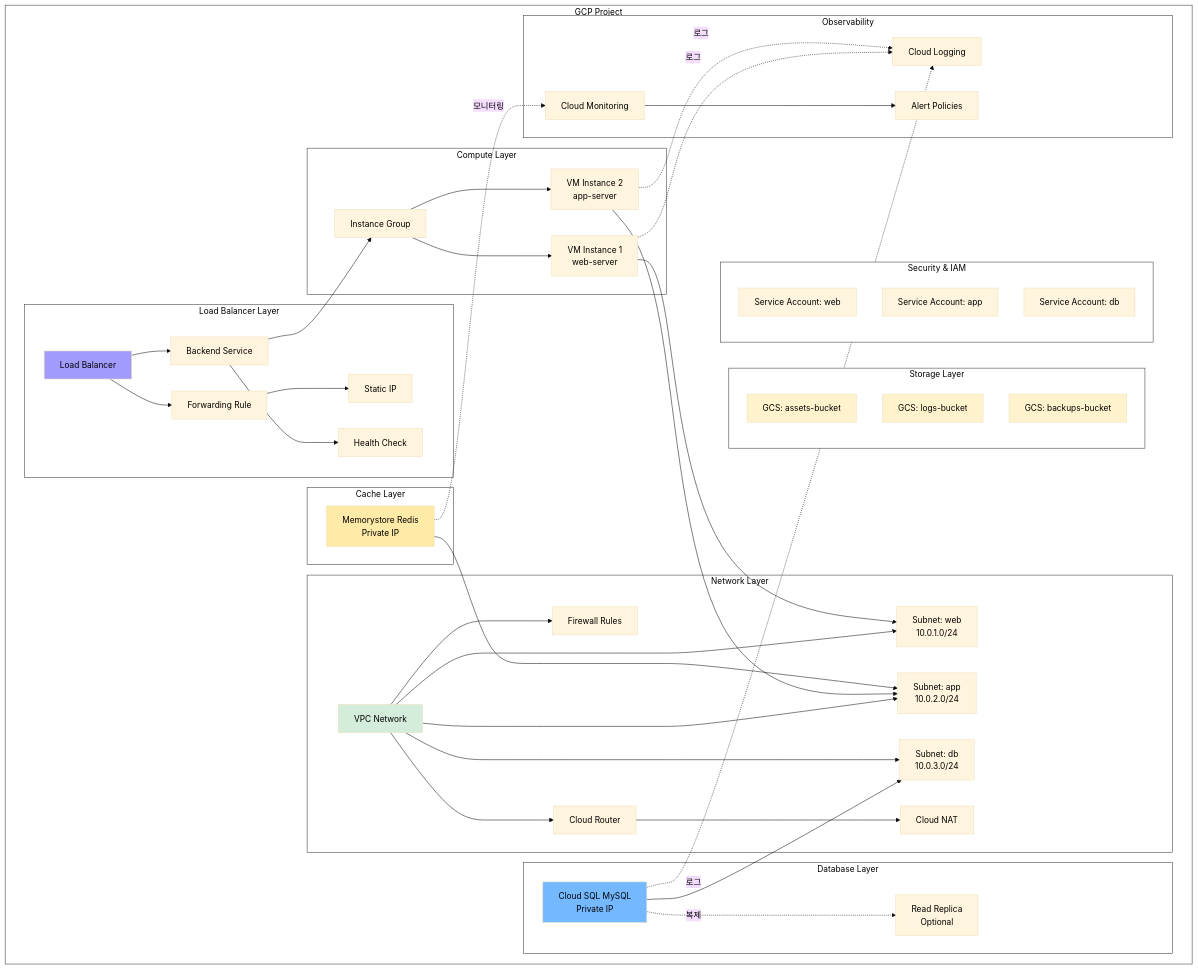
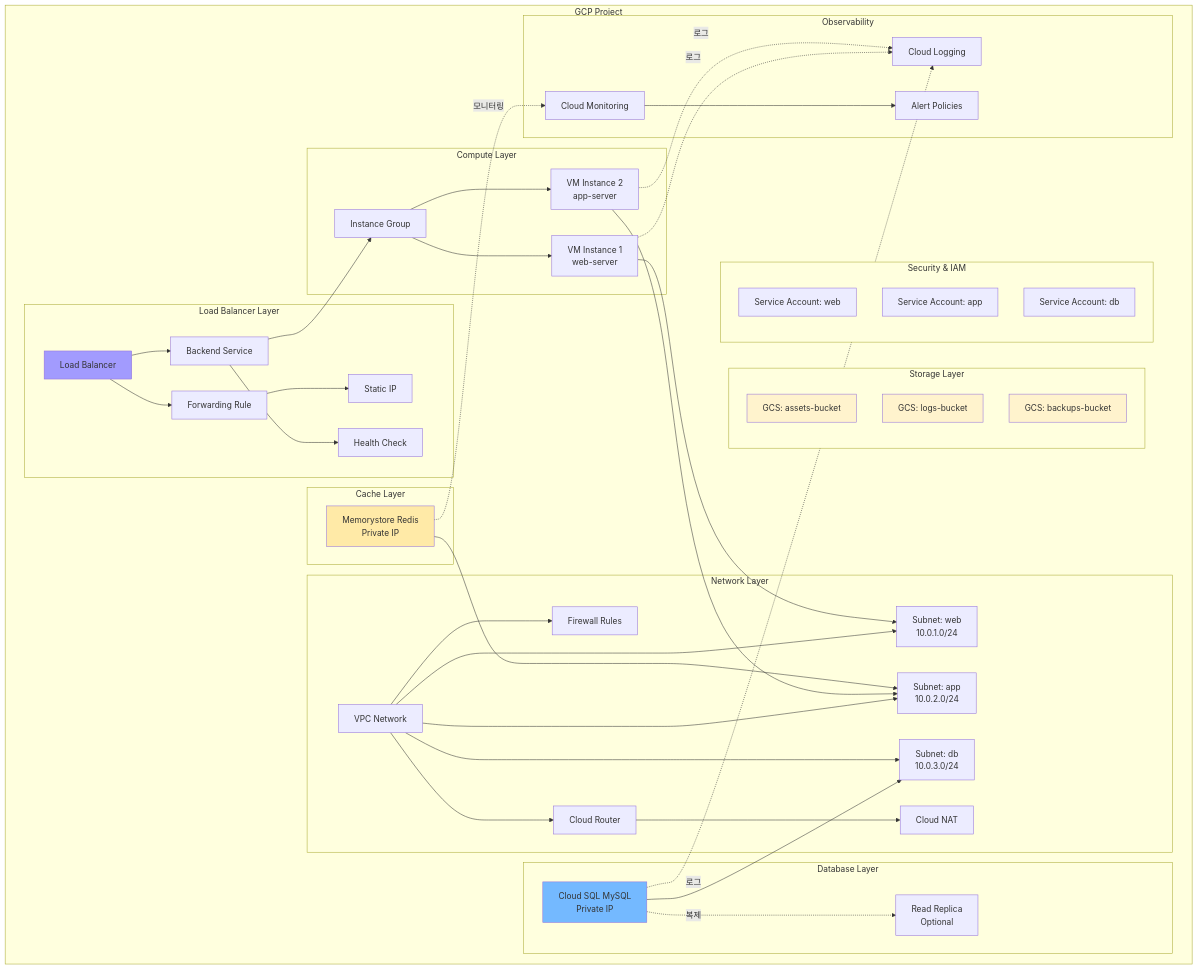
Before and after one commit to JSJ2337/GCP_terraform_code: the fifth of 9 diagrams in terraform_gcp_infra/docs/architecture/diagrams.md, drawn with Mermaid. The commit also changed other lines of this file and 5 other files, not shown here.

First line of the commit message:
fix: Mermaid 다이어그램 테마를 default로 변경 및 단순화

````diff
--- a/terraform_gcp_infra/docs/architecture/diagrams.md
+++ b/terraform_gcp_infra/docs/architecture/diagrams.md
@@ -265,5 +259,5 @@
 ```mermaid
-%%{init: {'theme': 'base', 'themeVariables': { 'primaryTextColor': '#000000', 'secondaryTextColor': '#000000', 'tertiaryTextColor': '#000000', 'clusterBkg': '#ffffff', 'clusterBorder': '#333333' }}}%%
+%%{init: {'theme': 'default'}}%%
 graph TB
     subgraph GCP_Project["GCP Project"]
         subgraph Network_Layer["Network Layer"]
@@ -347,16 +341,7 @@
     REDIS -.모니터링.-> MON
     MON --> ALERT
 
-    style GCP_Project fill:#ffffff,color:#000000
-    style Network_Layer fill:#ffffff,color:#000000
-    style Storage_Layer fill:#ffffff,color:#000000
-    style Compute_Layer fill:#ffffff,color:#000000
-    style Database_Layer fill:#ffffff,color:#000000
-    style Cache_Layer fill:#ffffff,color:#000000
-    style LB_Layer fill:#ffffff,color:#000000
-    style Security_IAM fill:#ffffff,color:#000000
-    style Observability_Layer fill:#ffffff,color:#000000
-    style VPC fill:#d4edda
+    style GCP_Project fill:#ffffff    style Network_Layer fill:#ffffff    style Storage_Layer fill:#ffffff    style Compute_Layer fill:#ffffff    style Database_Layer fill:#ffffff    style Cache_Layer fill:#ffffff    style LB_Layer fill:#ffffff    style Security_IAM fill:#ffffff    style Observability_Layer fill:#ffffff    style VPC fill:#d4edda
     style SQL fill:#74b9ff
     style REDIS fill:#ffeaa7
     style LB fill:#a29bfe
````
